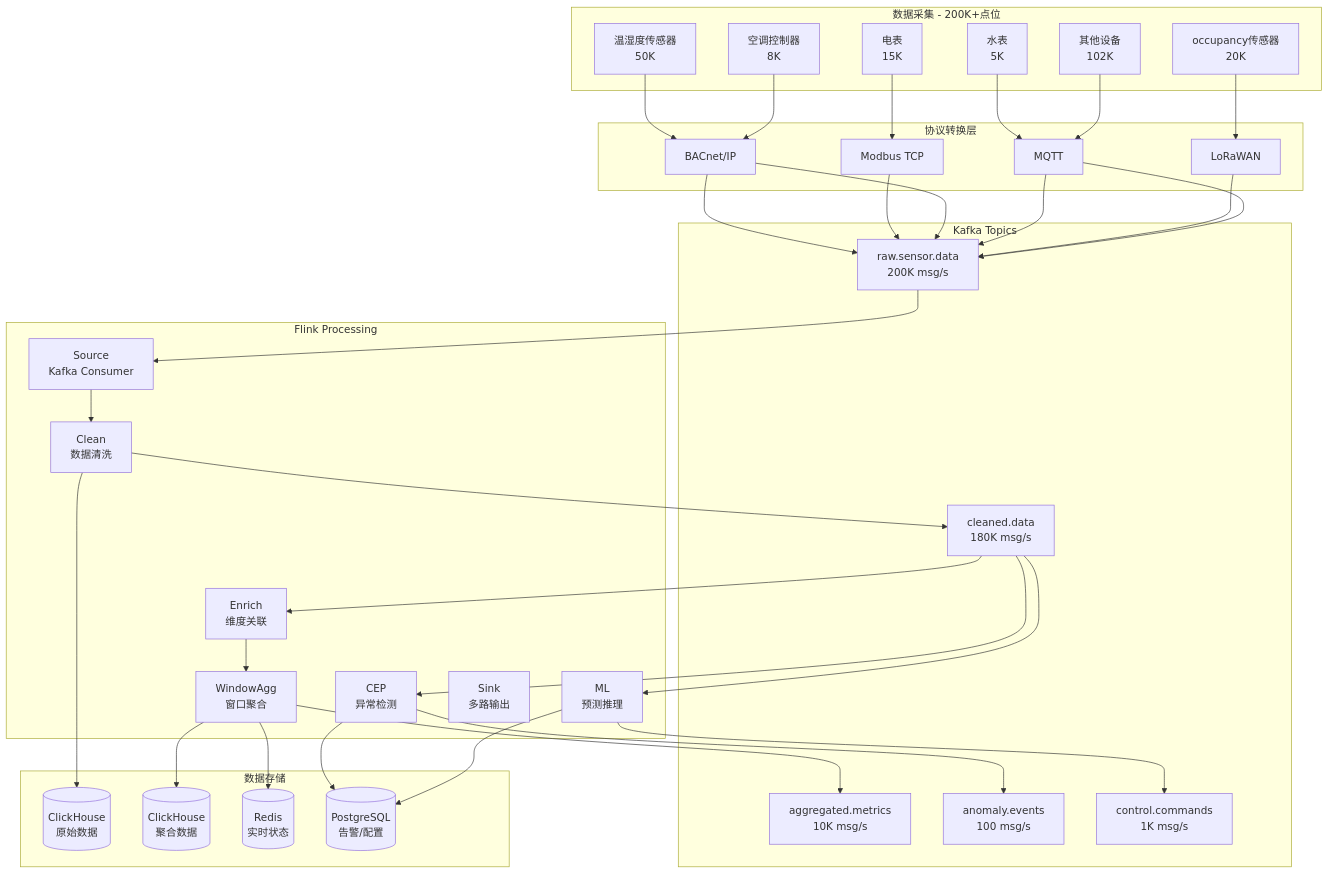
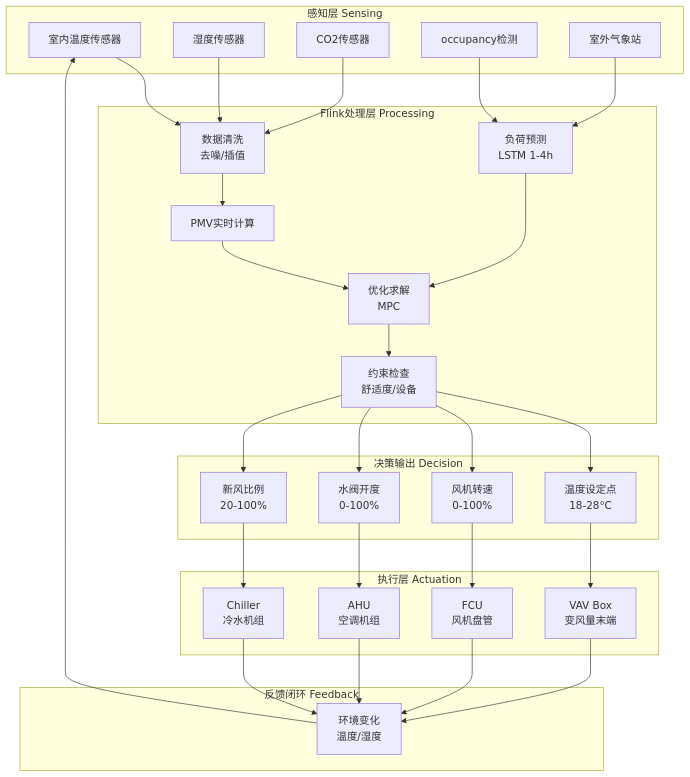
The ninth of 12 diagrams in Flink-IoT-Authority-Alignment/Phase-12-Smart-Building/case-smart-building-complete.md (AdaMartin18010/AnalysisDataFlow), drawn with Mermaid before and after one commit. The commit also changed other lines of this file and 8 other files, not shown here.

````diff
--- a/Flink-IoT-Authority-Alignment/Phase-12-Smart-Building/case-smart-building-complete.md
+++ b/Flink-IoT-Authority-Alignment/Phase-12-Smart-Building/case-smart-building-complete.md
@@ -261,61 +2680,55 @@
 ```mermaid
 flowchart TD
-    subgraph 数据采集[数据采集 - 200K+点位]
-        D1[温湿度传感器<br/>50K]
-        D2[电表<br/>15K]
-        D3[空调控制器<br/>8K]
-        D4[水表<br/>5K]
-        D5[occupancy传感器<br/>20K]
-        D6[其他设备<br/>102K]
+    subgraph "感知层 Sensing"
+        S1[室内温度传感器]
+        S2[湿度传感器]
+        S3[CO2传感器]
+        S4[occupancy检测]
+        S5[室外气象站]
     end
 
-    subgraph 协议转换[协议转换层]
-        P1[BACnet/IP]
-        P2[Modbus TCP]
-        P3[MQTT]
-        P4[LoRaWAN]
+    subgraph "Flink处理层 Processing"
+        F1[数据清洗<br/>去噪/插值]
+        F2[PMV实时计算]
+        F3[负荷预测<br/>LSTM 1-4h]
+        F4[优化求解<br/>MPC]
+        F5[约束检查<br/>舒适度/设备]
     end
 
-    subgraph KafkaTopics[Kafka Topics]
-        T1[raw.sensor.data<br/>200K msg/s]
-        T2[cleaned.data<br/>180K msg/s]
-        T3[aggregated.metrics<br/>10K msg/s]
-        T4[anomaly.events<br/>100 msg/s]
-        T5[control.commands<br/>1K msg/s]
+    subgraph "决策输出 Decision"
+        D1[温度设定点<br/>18-28°C]
+        D2[风机转速<br/>0-100%]
+        D3[水阀开度<br/>0-100%]
+        D4[新风比例<br/>20-100%]
     end
 
-    subgraph FlinkProcessing[Flink Processing]
-        F1[Source<br/>Kafka Consumer]
-        F2[Clean<br/>数据清洗]
-        F3[Enrich<br/>维度关联]
-        F4[WindowAgg<br/>窗口聚合]
-        F5[CEP<br/>异常检测]
-        F6[ML<br/>预测推理]
-        F7[Sink<br/>多路输出]
+    subgraph "执行层 Actuation"
+        A1[VAV Box<br/>变风量末端]
+        A2[FCU<br/>风机盘管]
+        A3[AHU<br/>空调机组]
+        A4[Chiller<br/>冷水机组]
     end
 
-    subgraph 数据存储[数据存储]
-        S1[(ClickHouse<br/>原始数据)]
-        S2[(ClickHouse<br/>聚合数据)]
-        S3[(Redis<br/>实时状态)]
-        S4[(PostgreSQL<br/>告警/配置)]
+    subgraph "反馈闭环 Feedback"
+        FB[环境变化<br/>温度/湿度]
     end
 
-    D1 --> P1 --> T1
-    D2 --> P2 --> T1
-    D3 --> P1 --> T1
-    D4 --> P3 --> T1
-    D5 --> P4 --> T1
-    D6 --> P3 --> T1
+    S1 --> F1 --> F2
+    S2 --> F1
+    S3 --> F1
+    S4 --> F3
+    S5 --> F3
 
-    T1 --> F1 --> F2 --> T2
-    T2 --> F3 --> F4 --> T3
-    T2 --> F5 --> T4
-    T2 --> F6 --> T5
+    F2 --> F4
+    F3 --> F4 --> F5
 
-    F2 --> S1
-    F4 --> S2
-    F4 --> S3
-    F5 --> S4
-    F6 --> S4
+    F5 --> D1 --> A1
+    F5 --> D2 --> A2
+    F5 --> D3 --> A3
+    F5 --> D4 --> A4
+
+    A1 --> FB --> S1
+    A2 --> FB
+    A3 --> FB
+    A4 --> FB
 ```
````
